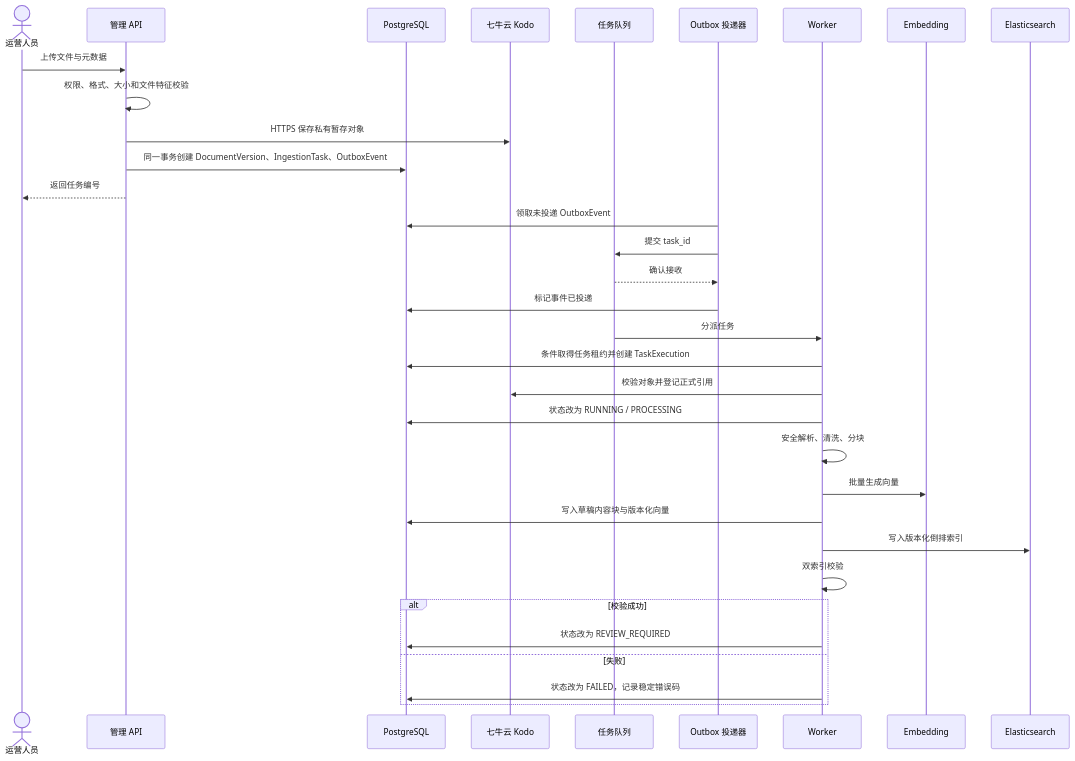
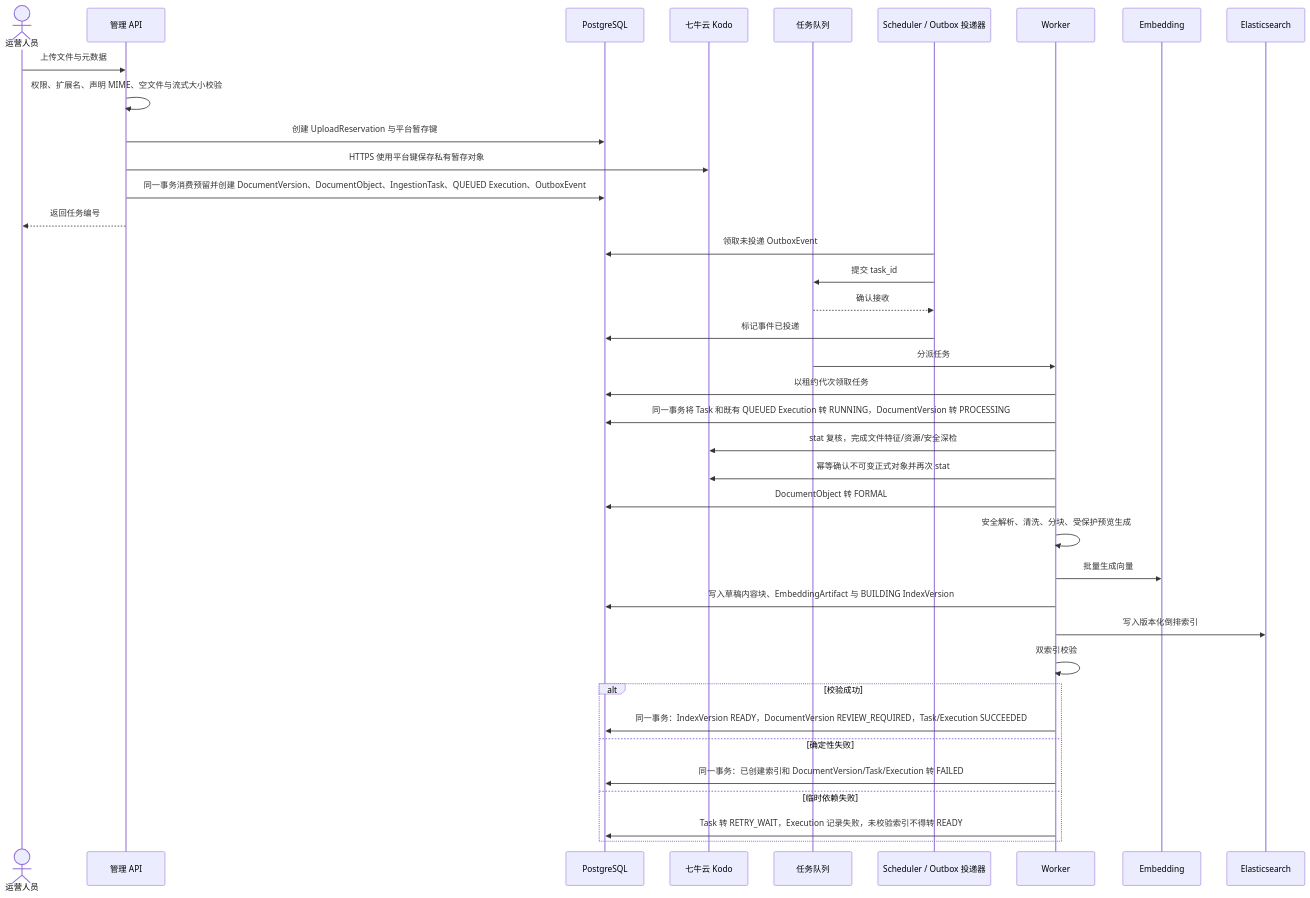
One commit to nocodig/rag_base changed the fourth of 9 diagrams in doc/03-RAG知识库平台系统设计说明书.md. Above: the diagram before and after it, drawn with Mermaid. The commit also changed other lines of this file and 5 other files, not shown here.

```diff
--- a/doc/03-RAG知识库平台系统设计说明书.md
+++ b/doc/03-RAG知识库平台系统设计说明书.md
@@ -591,36 +669,41 @@
 ~~~mermaid
 sequenceDiagram
     actor Operator as 运营人员
     participant API as 管理 API
     participant PG as PostgreSQL
     participant OS as 七牛云 Kodo
     participant Q as 任务队列
-    participant D as Outbox 投递器
+    participant D as Scheduler / Outbox 投递器
     participant W as Worker
     participant EMB as Embedding
     participant ES as Elasticsearch
 
     Operator->>API: 上传文件与元数据
-    API->>API: 权限、格式、大小和文件特征校验
-    API->>OS: HTTPS 保存私有暂存对象
-    API->>PG: 同一事务创建 DocumentVersion、IngestionTask、OutboxEvent
+    API->>API: 权限、扩展名、声明 MIME、空文件与流式大小校验
+    API->>PG: 创建 UploadReservation 与平台暂存键
+    API->>OS: HTTPS 使用平台键保存私有暂存对象
+    API->>PG: 同一事务消费预留并创建 DocumentVersion、DocumentObject、IngestionTask、QUEUED Execution、OutboxEvent
     API-->>Operator: 返回任务编号
     D->>PG: 领取未投递 OutboxEvent
     D->>Q: 提交 task_id
     Q-->>D: 确认接收
     D->>PG: 标记事件已投递
     Q->>W: 分派任务
-    W->>PG: 条件取得任务租约并创建 TaskExecution
-    W->>OS: 校验对象并登记正式引用
-    W->>PG: 状态改为 RUNNING / PROCESSING
-    W->>W: 安全解析、清洗、分块
+    W->>PG: 以租约代次领取任务
+    W->>PG: 同一事务将 Task 和既有 QUEUED Execution 转 RUNNING，DocumentVersion 转 PROCESSING
+    W->>OS: stat 复核，完成文件特征/资源/安全深检
+    W->>OS: 幂等确认不可变正式对象并再次 stat
+    W->>PG: DocumentObject 转 FORMAL
+    W->>W: 安全解析、清洗、分块、受保护预览生成
     W->>EMB: 批量生成向量
-    W->>PG: 写入草稿内容块与版本化向量
+    W->>PG: 写入草稿内容块、EmbeddingArtifact 与 BUILDING IndexVersion
     W->>ES: 写入版本化倒排索引
     W->>W: 双索引校验
     alt 校验成功
-        W->>PG: 状态改为 REVIEW_REQUIRED
-    else 失败
-        W->>PG: 状态改为 FAILED，记录稳定错误码
+        W->>PG: 同一事务：IndexVersion READY，DocumentVersion REVIEW_REQUIRED，Task/Execution SUCCEEDED
+    else 确定性失败
+        W->>PG: 同一事务：已创建索引和 DocumentVersion/Task/Execution 转 FAILED
+    else 临时依赖失败
+        W->>PG: Task 转 RETRY_WAIT，Execution 记录失败，未校验索引不得转 READY
     end
 ~~~
```
